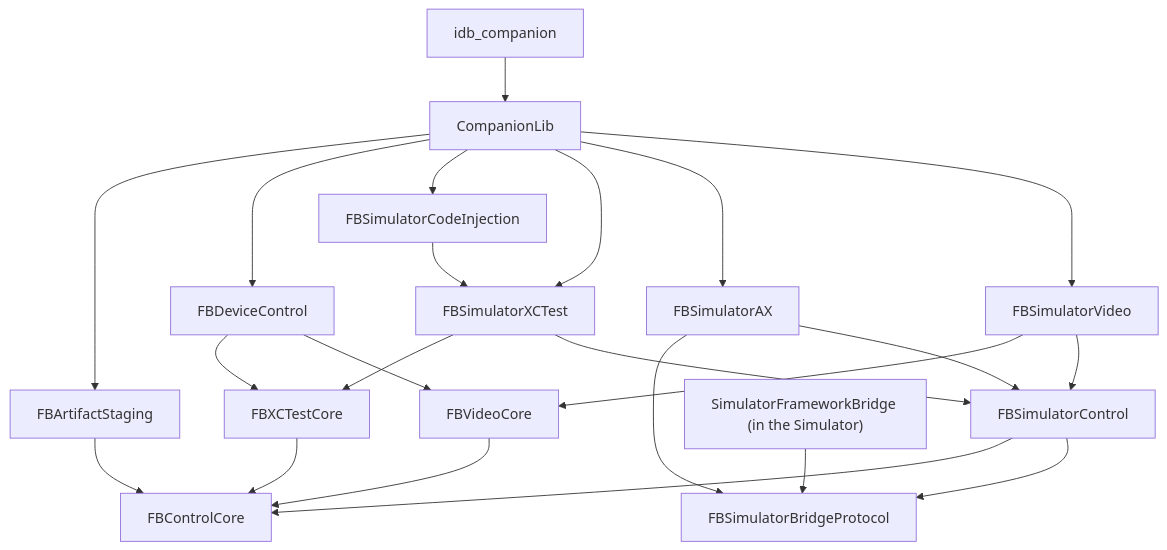
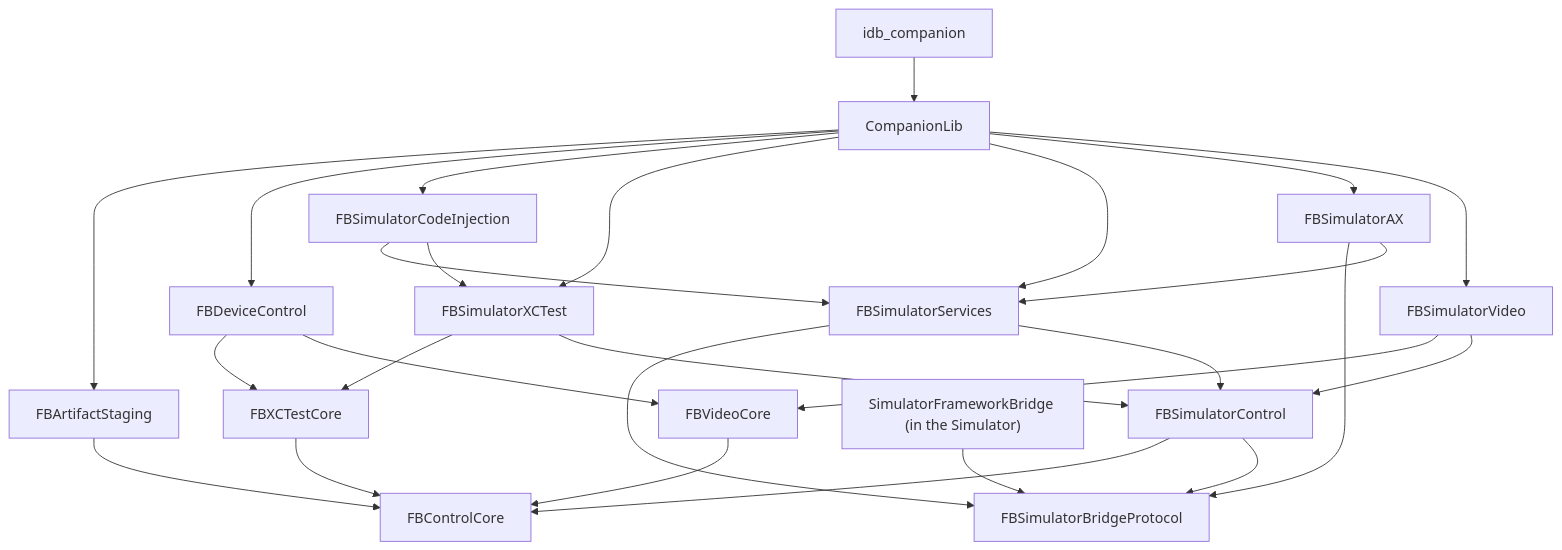
Before and after one commit to facebook/idb: the second of 2 diagrams in website/docs/idb/architecture.mdx, drawn with Mermaid. The commit also changed 94 other files, not shown here.

````diff
--- a/website/docs/idb/architecture.mdx
+++ b/website/docs/idb/architecture.mdx
@@ -81,25 +81,29 @@
 ```mermaid
 flowchart TD
     companion["idb_companion"] --> CompanionLib
     CompanionLib --> FBSimulatorVideo
     CompanionLib --> FBSimulatorAX
+    CompanionLib --> FBSimulatorServices
     CompanionLib --> FBSimulatorXCTest
     CompanionLib --> FBSimulatorCodeInjection
     CompanionLib --> FBDeviceControl
     CompanionLib --> FBArtifactStaging
     FBSimulatorVideo --> FBSimulatorControl
     FBSimulatorVideo --> FBVideoCore
-    FBSimulatorAX --> FBSimulatorControl
+    FBSimulatorAX --> FBSimulatorServices
     FBSimulatorAX --> FBSimulatorBridgeProtocol
+    FBSimulatorServices --> FBSimulatorControl
+    FBSimulatorServices --> FBSimulatorBridgeProtocol
     FBSimulatorXCTest --> FBSimulatorControl
     FBSimulatorXCTest --> FBXCTestCore
     FBSimulatorCodeInjection --> FBSimulatorXCTest
+    FBSimulatorCodeInjection --> FBSimulatorServices
     FBSimulatorControl --> FBSimulatorBridgeProtocol
     guest["SimulatorFrameworkBridge (in the Simulator)"] --> FBSimulatorBridgeProtocol
     FBDeviceControl --> FBVideoCore
     FBDeviceControl --> FBXCTestCore
     FBVideoCore --> FBControlCore
     FBXCTestCore --> FBControlCore
     FBArtifactStaging --> FBControlCore
     FBSimulatorControl --> FBControlCore
 ```
````
